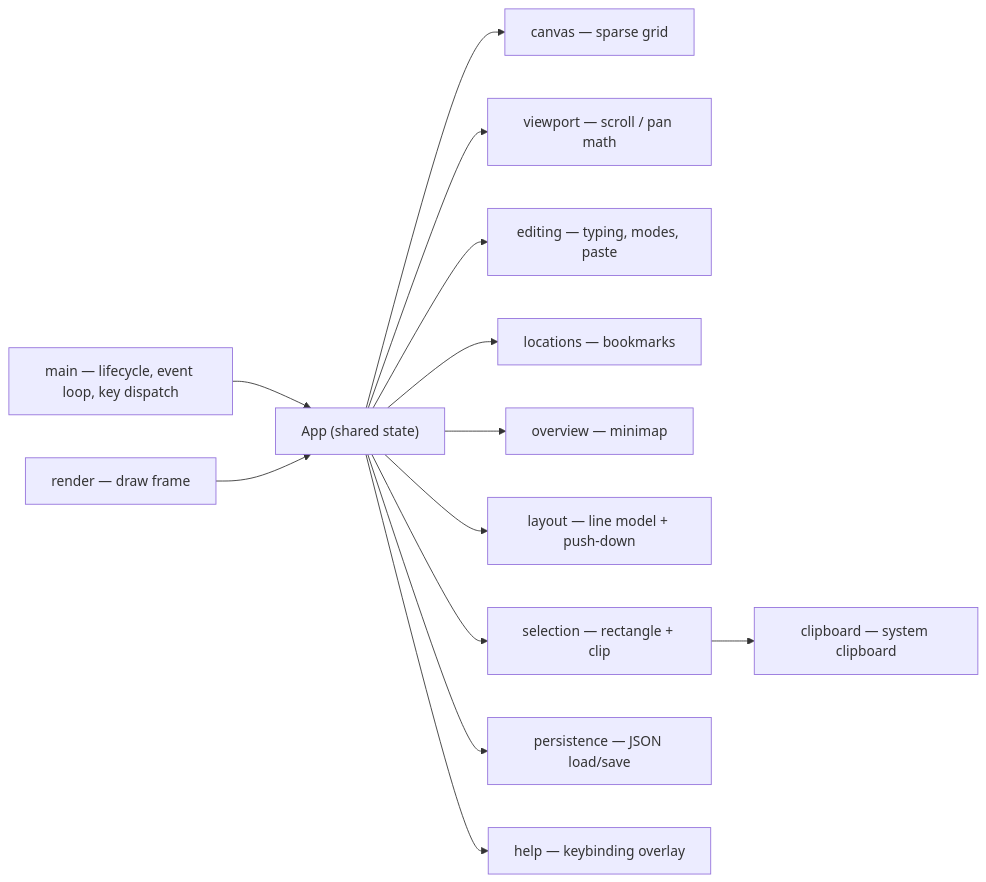
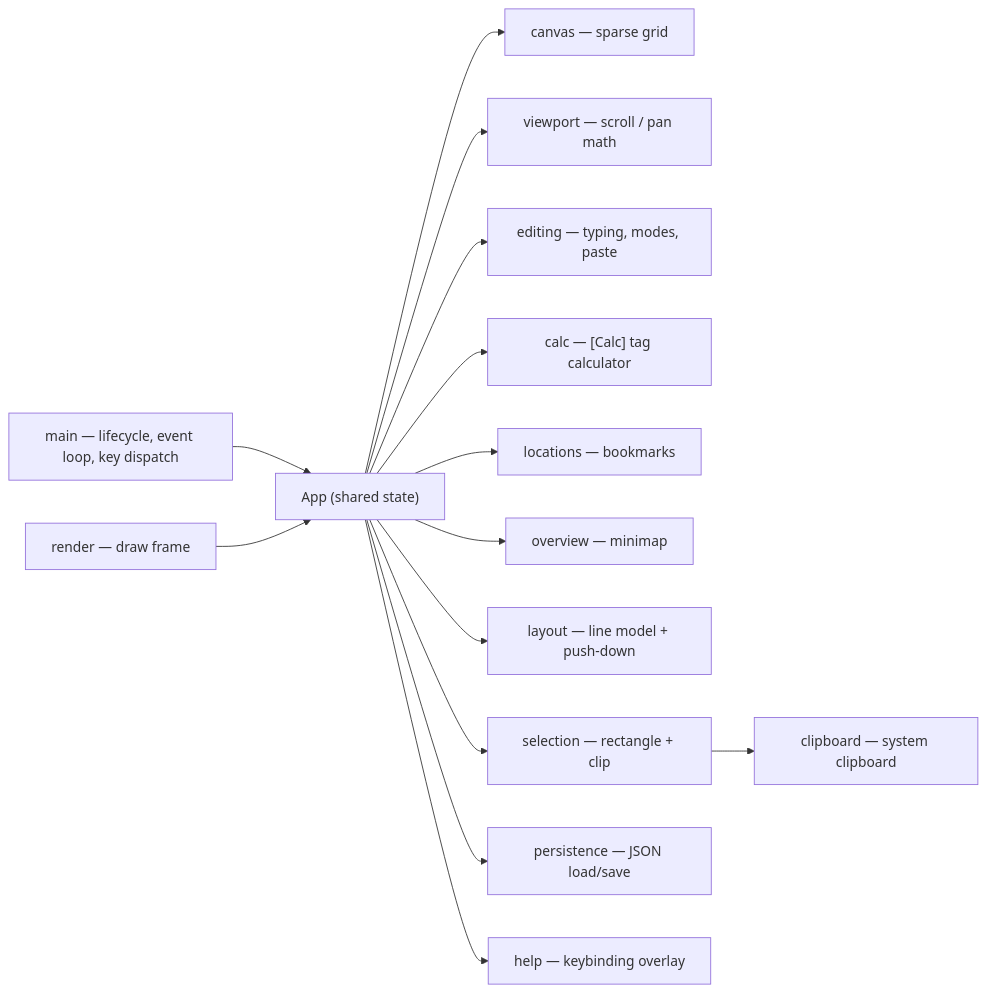
One commit to epatel/terminal_pad changed the diagram in README.md. Above: the diagram before and after it, drawn with Mermaid. The commit also changed other lines of this file and 11 other files, not shown here.

First line of the commit message:
Add [Calc] calculator and Ctrl+D/Ctrl+K segment-aware deletes (v0.3.0)

````diff
--- a/README.md
+++ b/README.md
@@ -147,15 +161,16 @@
 ```mermaid
 flowchart LR
   main["main — lifecycle, event loop, key dispatch"] --> app["App (shared state)"]
   app --> canvas["canvas — sparse grid"]
   app --> viewport["viewport — scroll / pan math"]
   app --> editing["editing — typing, modes, paste"]
+  app --> calc["calc — [Calc] tag calculator"]
   app --> locations["locations — bookmarks"]
   app --> overview["overview — minimap"]
   app --> layout["layout — line model + push-down"]
   app --> selection["selection — rectangle + clip"]
   app --> persistence["persistence — JSON load/save"]
   app --> help["help — keybinding overlay"]
   selection --> clipboard["clipboard — system clipboard"]
   render["render — draw frame"] --> app
 ```
````
